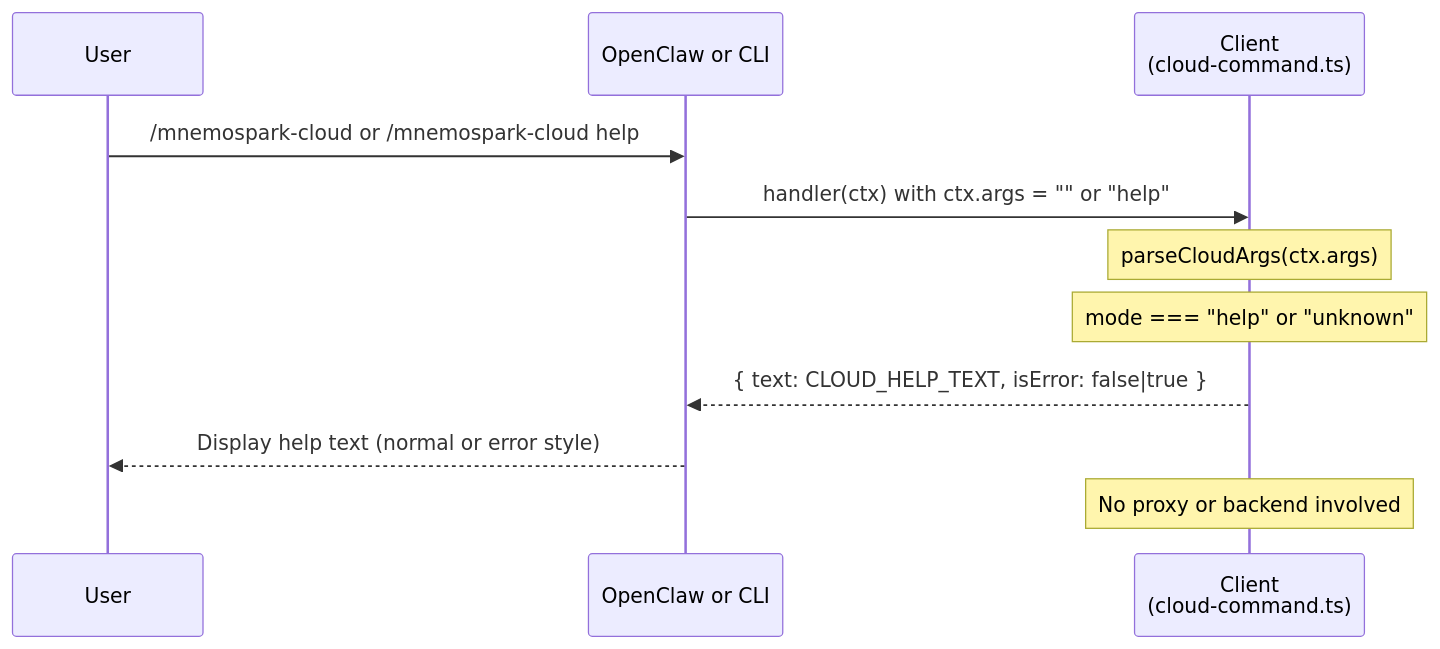
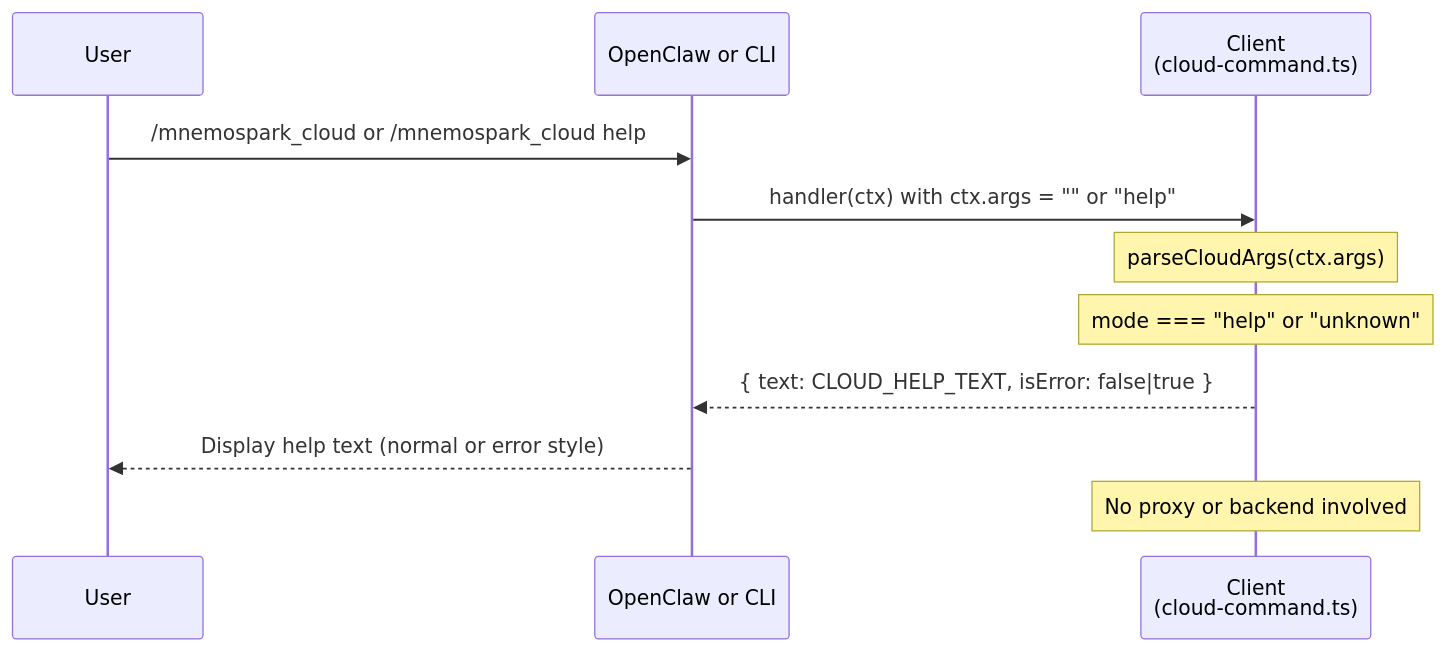
The diagram in meta_docs/cloud-help-process-flow.md (pawlsclick/mnemospark-docs), drawn with Mermaid before and after one commit. The commit also changed other lines of this file and 28 other files, not shown here.

````diff
--- a/meta_docs/cloud-help-process-flow.md
+++ b/meta_docs/cloud-help-process-flow.md
@@ -210,14 +210,14 @@
 ```mermaid
 sequenceDiagram
     participant User
     participant Host as OpenClaw or CLI
     participant Client as Client<br/>(cloud-command.ts)
 
-    User->>Host: /mnemospark-cloud or /mnemospark-cloud help
+    User->>Host: /mnemospark_cloud or /mnemospark_cloud help
     Host->>Client: handler(ctx) with ctx.args = "" or "help"
     Note over Client: parseCloudArgs(ctx.args)
     Note over Client: mode === "help" or "unknown"
     Client-->>Host: { text: CLOUD_HELP_TEXT, isError: false|true }
     Host-->>User: Display help text (normal or error style)
     Note over Client: No proxy or backend involved
 ```
````
